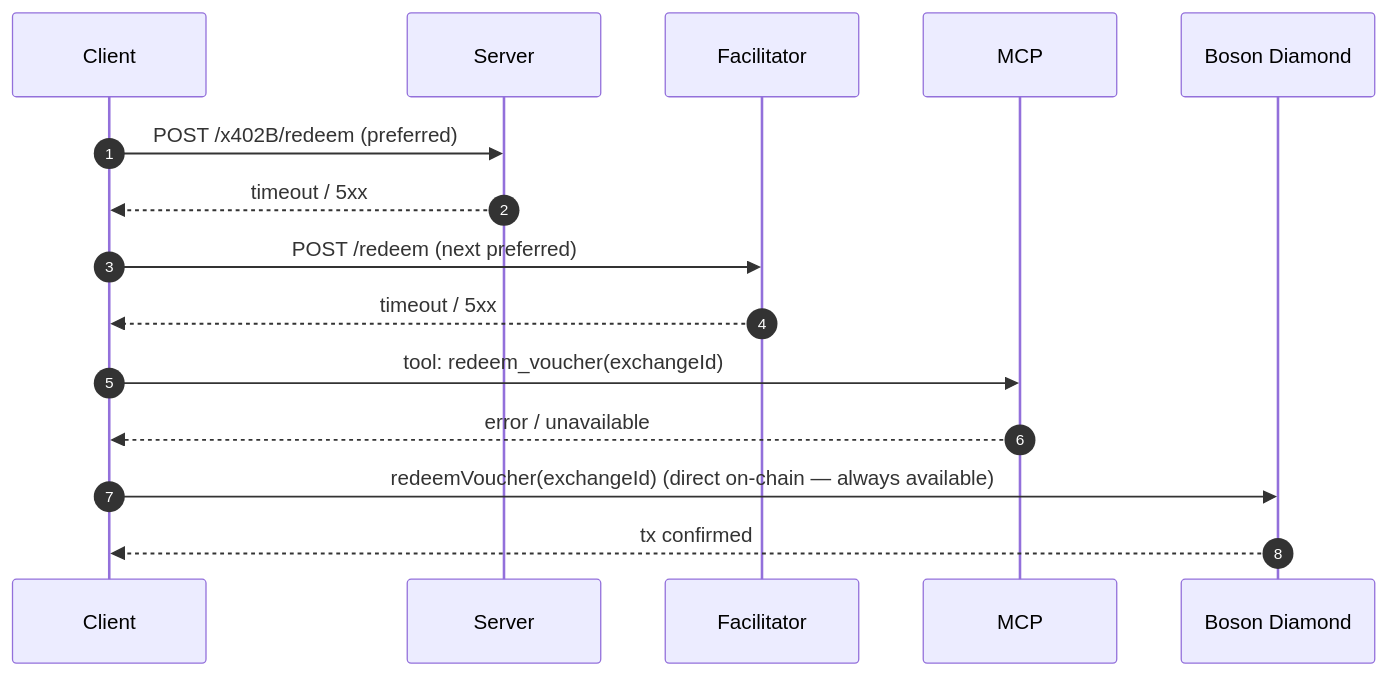
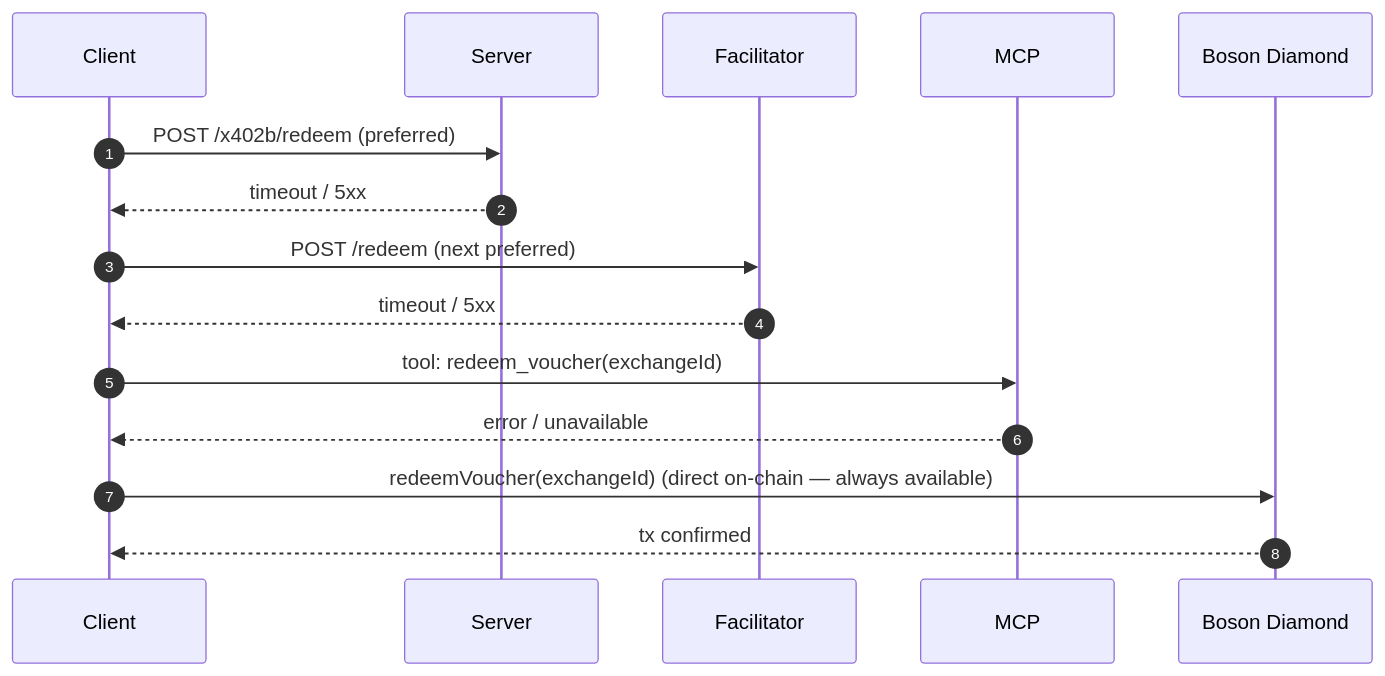
Before and after one commit to bosonprotocol/x402B: the fourth of 4 diagrams in docs/boson-impl-02-flows.md, drawn with Mermaid. The commit also changed other lines of this file and 20 other files, not shown here.

Commit message:
chore: cleanup stale references — dead NotImplementedError, stale Flow B comment, PR #1105 reference, /x402B casing, README package map

````diff
--- a/docs/boson-impl-02-flows.md
+++ b/docs/boson-impl-02-flows.md
@@ -143,21 +143,21 @@
 ```mermaid
 sequenceDiagram
     autonumber
     participant C as Client
     participant Sv as Server
     participant F as Facilitator
     participant M as MCP
     participant D as Boson Diamond
 
-    C->>Sv: POST /x402B/redeem (preferred)
+    C->>Sv: POST /x402b/redeem (preferred)
     Sv-->>C: timeout / 5xx
 
     C->>F: POST /redeem (next preferred)
     F-->>C: timeout / 5xx
 
     C->>M: tool: redeem_voucher(exchangeId)
     M-->>C: error / unavailable
 
     C->>D: redeemVoucher(exchangeId) (direct on-chain — always available)
     D-->>C: tx confirmed
 ```
````
